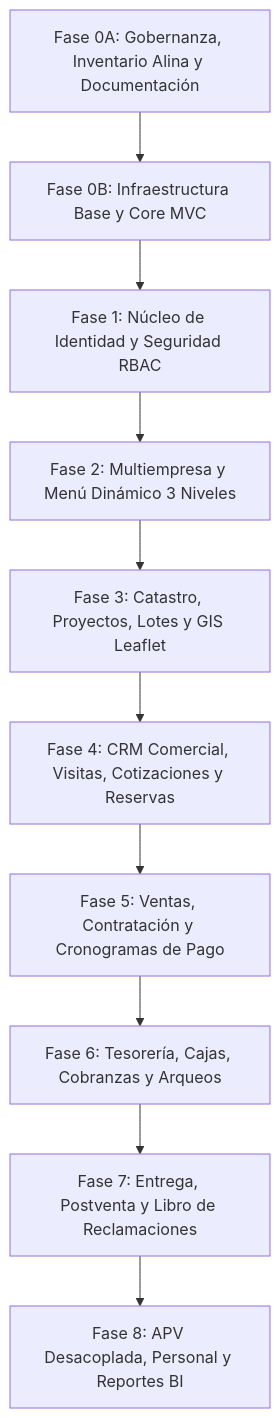
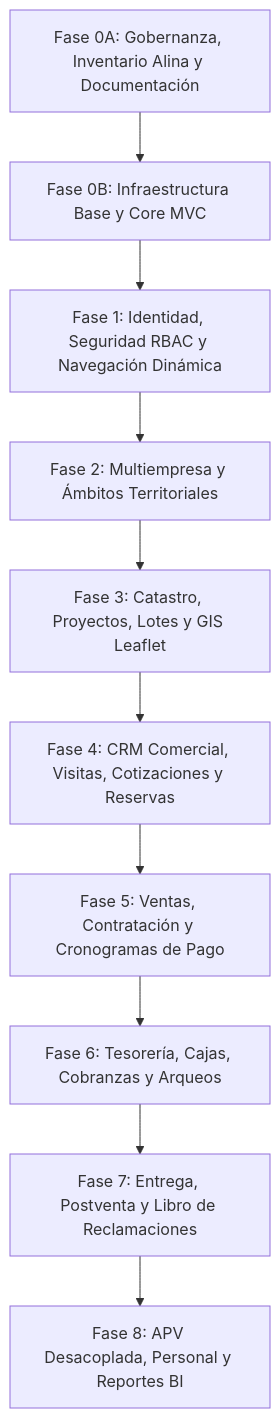
The diagram in docs/13-ROADMAP.md (orlogonzales/CasaPRO), drawn with Mermaid before and after one commit. The commit also changed other lines of this file and 8 other files, not shown here.

````diff
--- a/docs/13-ROADMAP.md
+++ b/docs/13-ROADMAP.md
@@ -7,12 +7,12 @@
 ```mermaid
 flowchart TD
     F0A[Fase 0A: Gobernanza, Inventario Alina y Documentación] --> F0B[Fase 0B: Infraestructura Base y Core MVC]
-    F0B --> F1[Fase 1: Núcleo de Identidad y Seguridad RBAC]
-    F1 --> F2[Fase 2: Multiempresa y Menú Dinámico 3 Niveles]
+    F0B --> F1[Fase 1: Identidad, Seguridad RBAC y Navegación Dinámica]
+    F1 --> F2[Fase 2: Multiempresa y Ámbitos Territoriales]
     F2 --> F3[Fase 3: Catastro, Proyectos, Lotes y GIS Leaflet]
     F3 --> F4[Fase 4: CRM Comercial, Visitas, Cotizaciones y Reservas]
     F4 --> F5[Fase 5: Ventas, Contratación y Cronogramas de Pago]
     F5 --> F6[Fase 6: Tesorería, Cajas, Cobranzas y Arqueos]
     F6 --> F7[Fase 7: Entrega, Postventa y Libro de Reclamaciones]
     F7 --> F8[Fase 8: APV Desacoplada, Personal y Reportes BI]
 ```
````
